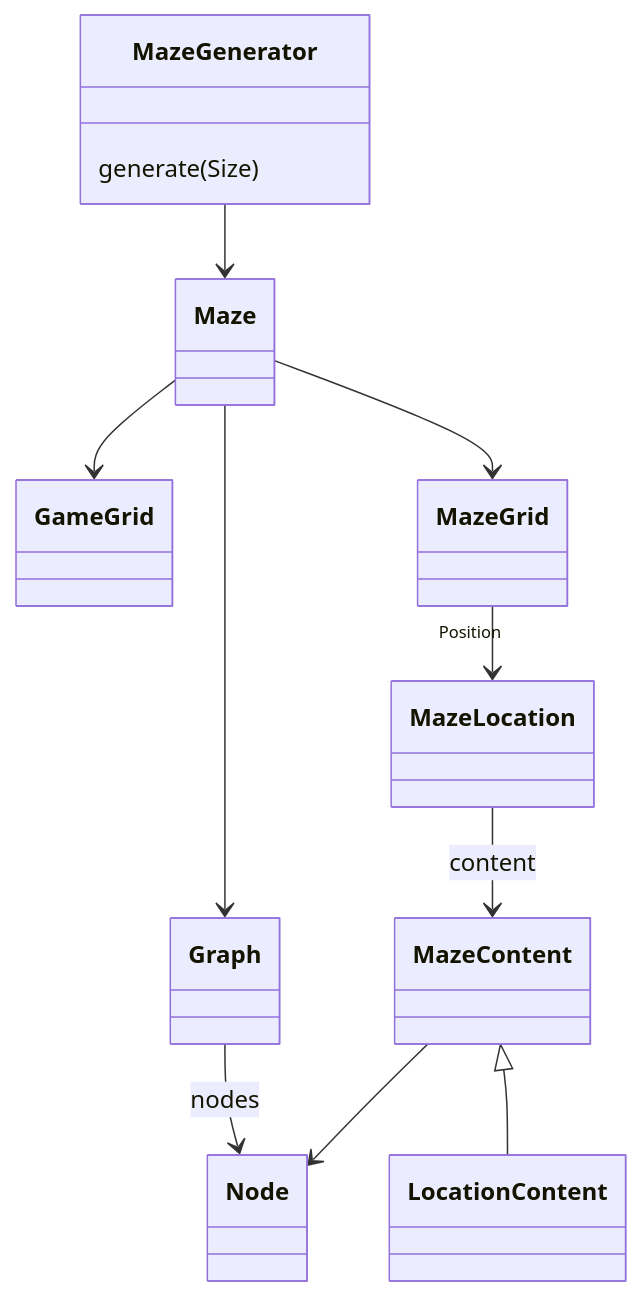
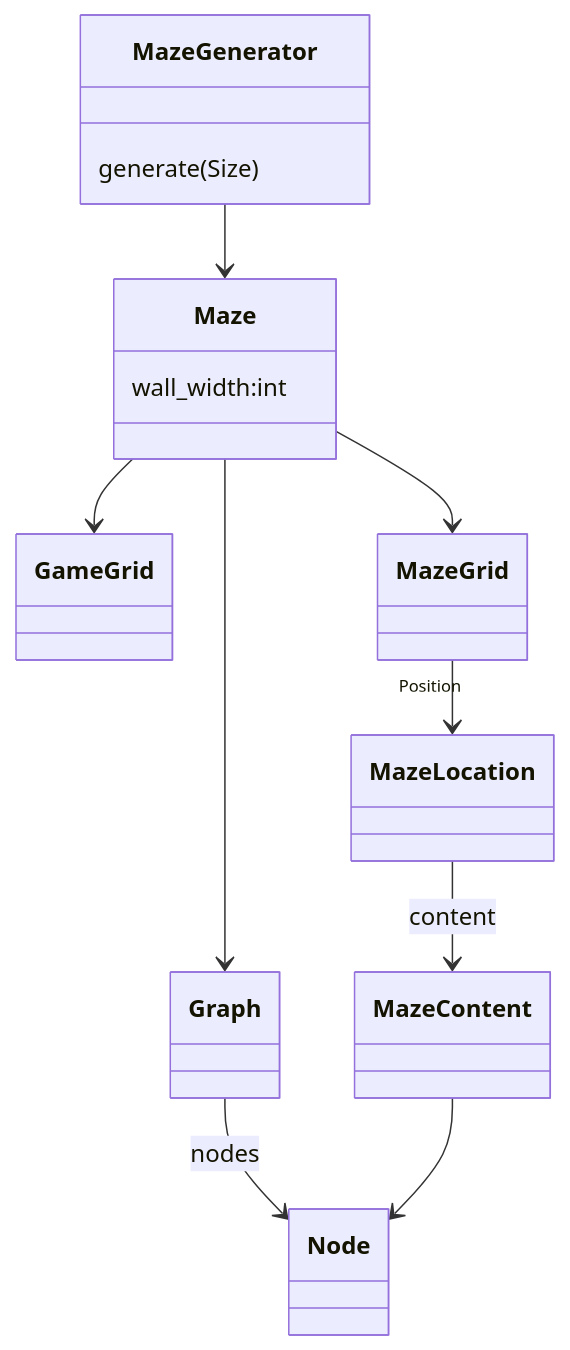
The fifth of 5 diagrams in hello_maze/readme.md (fvbakel/brilliant), drawn with Mermaid before and after one commit. The commit also changed other lines of this file and 4 other files, not shown here.

````diff
--- a/hello_maze/readme.md
+++ b/hello_maze/readme.md
@@ -156,50 +157,49 @@
 ```mermaid
   classDiagram
     class Maze {
-        
+        wall_width:int
     }
 
     class Graph {
 
     }
     class Node {
 
     }
 
     Graph  --> Node : nodes
 
 
     class MazeGenerator {
         generate(Size)
     }
 
     class GameGrid {
 
     }
 
     Maze --> Graph
     Maze --> GameGrid
     Maze --> MazeGrid
     MazeGenerator --> Maze
 
     class MazeLocation {
         
     }
     class MazeContent {
         
         
     }
     class MazeGrid {
         
     }
 
     MazeGrid "Position" -->  MazeLocation
    %% MazeGrid <|-- Grid
    %% MazeLocation <|-- Location 
-    MazeContent <|-- LocationContent
     
     MazeLocation --> MazeContent : content
 
     MazeContent --> Node
 
 ```
````
